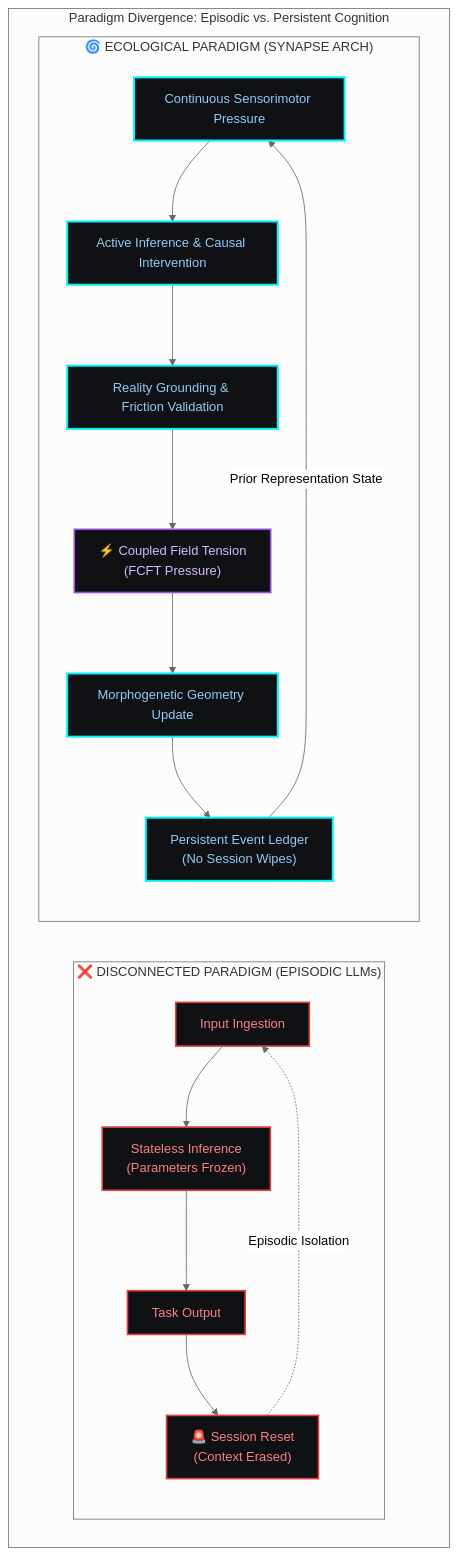
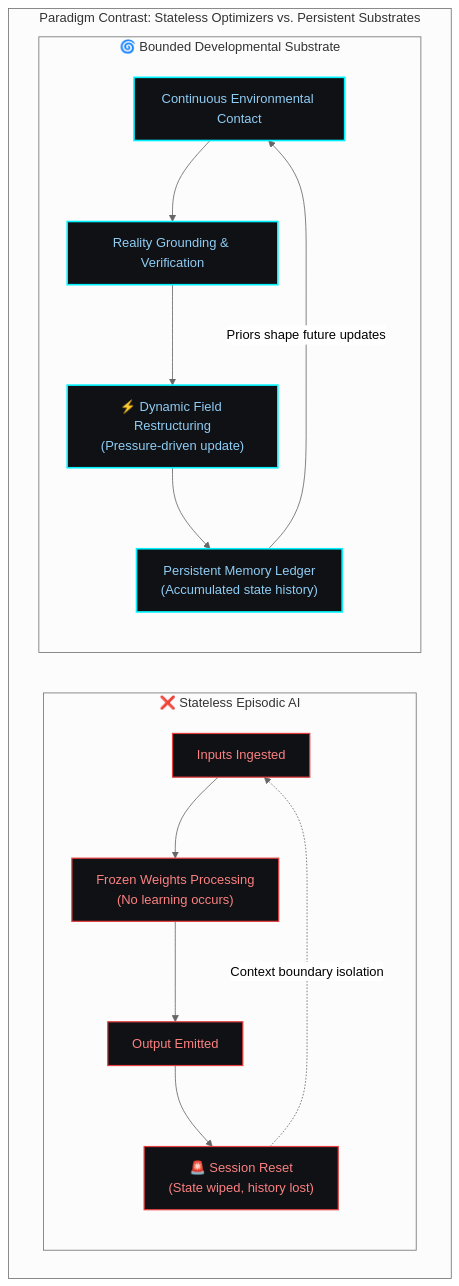
The first of 9 diagrams in docs/architecture.md (rk-roshan-kr/Earthos-public), drawn with Mermaid (neutral theme) before and after one commit. The commit also changed other lines of this file, not shown here.

Commit message:
docs: expand architecture.md into research atlas specification with 7 cinematic diagrams

````diff
--- a/docs/architecture.md
+++ b/docs/architecture.md
@@ -30,30 +28,26 @@
 ```mermaid
 graph TD
-    %% Styling
-    classDef baseline fill:#0f1115,stroke:#4a5568,stroke-width:1px,color:#718096,stroke-dasharray: 5 5;
-    classDef episodic fill:#0f1115,stroke:#e53e3e,stroke-width:2px,color:#fc8181;
-    classDef synapse fill:#0f1115,stroke:#00f2fe,stroke-width:2.5px,color:#90cdf4;
-    classDef pressure fill:#0f1115,stroke:#9d4edd,stroke-width:2px,color:#d6bcfa;
+    classDef static fill:#0f1115,stroke:#e53e3e,stroke-width:1.5px,color:#fc8181;
+    classDef persistent fill:#0f1115,stroke:#00f2fe,stroke-width:2px,color:#90cdf4;
+    classDef envelope fill:#0f1115,stroke:#4a5568,stroke-width:1px,color:#718096,stroke-dasharray: 4 4;
 
-    subgraph PARADIGM_CONTRAST ["Paradigm Divergence: Episodic vs. Persistent Cognition"]
+    subgraph COMPARISON_TERRAIN ["Paradigm Contrast: Stateless Optimizers vs. Persistent Substrates"]
         direction LR
 
-        subgraph EPISODIC_AI ["❌ DISCONNECTED PARADIGM (EPISODIC LLMs)"]
+        subgraph STATELESS_PARADIGM ["❌ Stateless Episodic AI"]
             direction TB
-            Ep1["Input Ingestion"]:::episodic --> Ep2["Stateless Inference\n(Parameters Frozen)"]:::episodic
-            Ep2 --> Ep3["Task Output"]:::episodic
-            Ep3 --> Ep4["🚨 Session Reset\n(Context Erased)"]:::episodic
-            Ep4 -.->|Episodic Isolation| Ep1
+            A1["Inputs Ingested"]:::static --> A2["Frozen Weights Processing\n(No learning occurs)"]:::static
+            A2 --> A3["Output Emitted"]:::static
+            A3 --> A4["🚨 Session Reset\n(State wiped, history lost)"]:::static
+            A4 -.->|Context boundary isolation| A1
         end
 
-        subgraph SYNAPSE_COGNITION ["🌀 ECOLOGICAL PARADIGM (SYNAPSE ARCH)"]
+        subgraph PERSISTENT_PARADIGM ["🌀 Bounded Developmental Substrate"]
             direction TB
-            S1["Continuous Sensorimotor Pressure"]:::synapse --> S2["Active Inference & Causal Intervention"]:::synapse
-            S2 --> S3["Reality Grounding & Friction Validation"]:::synapse
-            S3 --> S4["⚡ Coupled Field Tension\n(FCFT Pressure)"]:::pressure
-            S4 --> S5["Morphogenetic Geometry Update"]:::synapse
-            S5 --> S6["Persistent Event Ledger\n(No Session Wipes)"]:::synapse
-            S6 -->|Prior Representation State| S1
+            B1["Continuous Environmental Contact"]:::persistent --> B2["Reality Grounding & Verification"]:::persistent
+            B2 --> B3["⚡ Dynamic Field Restructuring\n(Pressure-driven update)"]:::persistent
+            B3 --> B4["Persistent Memory Ledger\n(Accumulated state history)"]:::persistent
+            B4 -->|Priors shape future updates| B1
         end
     end
 ```
````
